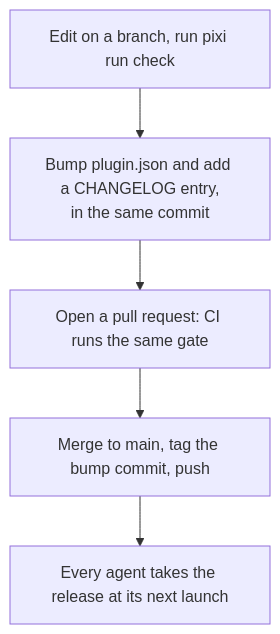
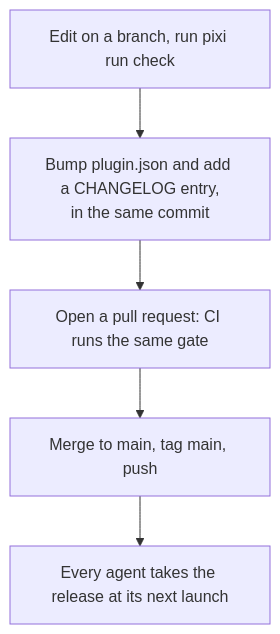
The third of 4 diagrams in docs/developers/index.md (liuhlab/liulab-compute-skills), drawn with Mermaid before and after one commit. The commit also changed 5 other files, not shown here.

First line of the commit message:
Review fixes: domain.md table, gate timing, glossary terms, tag on main

````diff
--- a/docs/developers/index.md
+++ b/docs/developers/index.md
@@ -92,7 +92,7 @@
 ```mermaid
 flowchart TB
     edit["Edit on a branch, run pixi run check"] --> bump["Bump plugin.json and add a CHANGELOG entry,<br/>in the same commit"]
     bump --> pr["Open a pull request: CI runs the same gate"]
-    pr --> merge["Merge to main, tag the bump commit, push"]
+    pr --> merge["Merge to main, tag main, push"]
     merge --> machines["Every agent takes the release at its next launch"]
 ```
````
